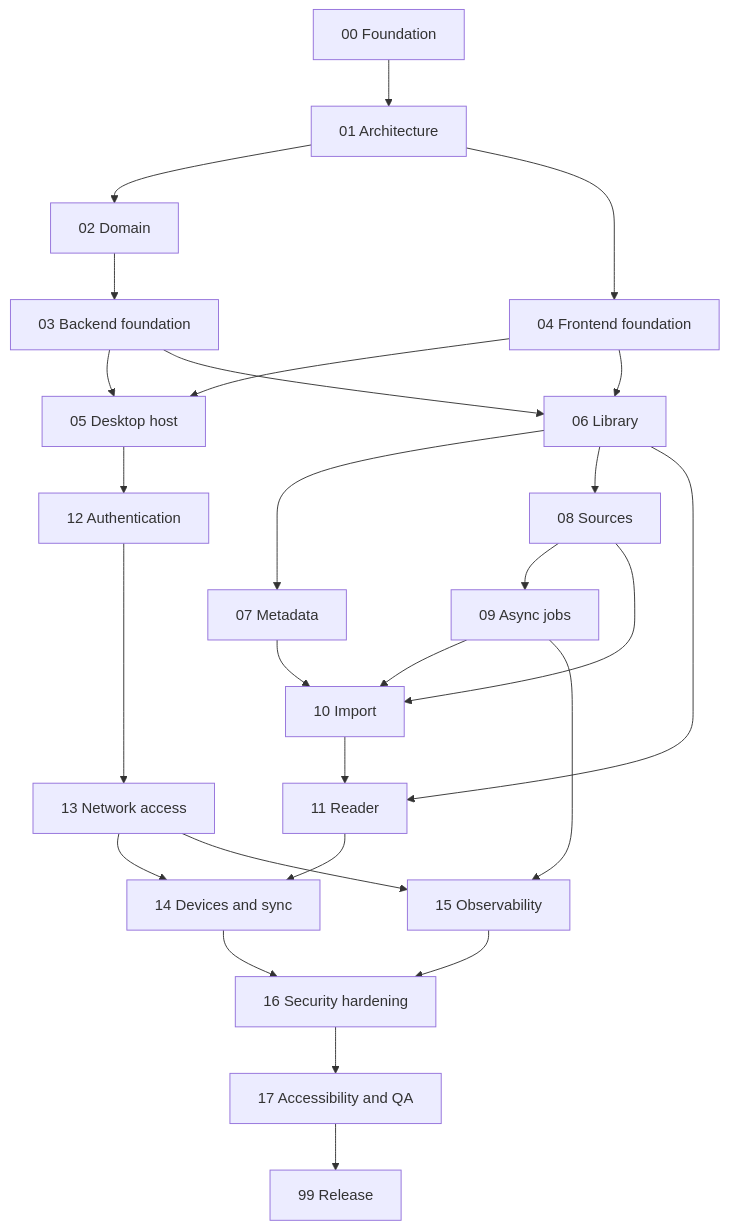
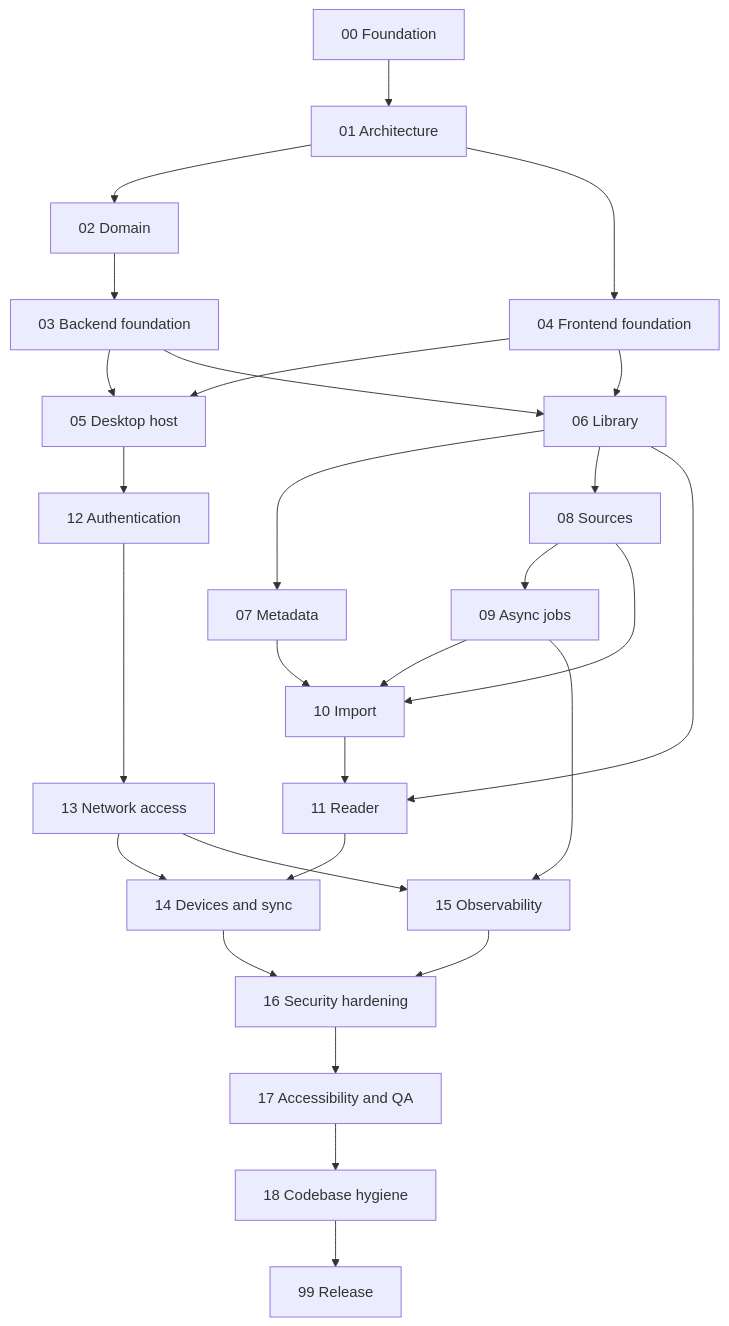
The diagram in .claude/roadmap/README.md (Alexandryn/alexandryn), drawn with Mermaid before and after one commit. The commit also changed other lines of this file and 3 other files, not shown here.

First line of the commit message:
spec(roadmap): add phase 18 codebase hygiene and release hygiene

````diff
--- a/.claude/roadmap/README.md
+++ b/.claude/roadmap/README.md
@@ -52,29 +53,30 @@
 ```mermaid
 graph TD
     P00[00 Foundation] --> P01[01 Architecture]
     P01 --> P02[02 Domain]
     P02 --> P03[03 Backend foundation]
     P01 --> P04[04 Frontend foundation]
     P03 --> P05[05 Desktop host]
     P04 --> P05
     P03 --> P06[06 Library]
     P04 --> P06
     P06 --> P07[07 Metadata]
     P06 --> P08[08 Sources]
     P08 --> P09[09 Async jobs]
     P07 --> P10[10 Import]
     P08 --> P10
     P09 --> P10
     P10 --> P11[11 Reader]
     P06 --> P11
     P05 --> P12[12 Authentication]
     P12 --> P13[13 Network access]
     P13 --> P14[14 Devices and sync]
     P11 --> P14
     P09 --> P15[15 Observability]
     P13 --> P15
     P14 --> P16[16 Security hardening]
     P15 --> P16
     P16 --> P17[17 Accessibility and QA]
-    P17 --> P99[99 Release]
+    P17 --> P18[18 Codebase hygiene]
+    P18 --> P99[99 Release]
 ```
````
